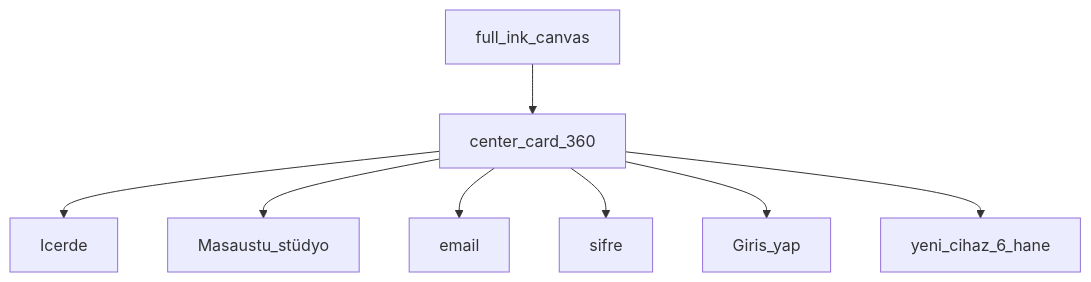
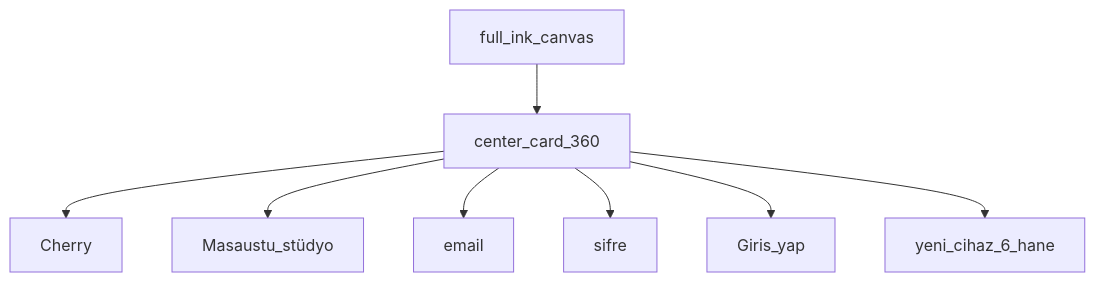
Before and after one commit to emrahyasinisik/Cherry: the second of 6 diagrams in docs/screens.md, drawn with Mermaid. The commit also changed other lines of this file and 124 other files, not shown here.

First line of the commit message:
Rename the studio brand from Icerde to Cherry.

````diff
--- a/docs/screens.md
+++ b/docs/screens.md
@@ -32,11 +32,11 @@
 ```mermaid
 flowchart TB
   Canvas[full_ink_canvas]
   Canvas --> Card[center_card_360]
-  Card --> Mark[Icerde]
+  Card --> Mark[Cherry]
   Card --> Sub[Masaustu_stüdyo]
   Card --> Email[email]
   Card --> Pass[sifre]
   Card --> CTA[Giris_yap]
   Card --> Hint[yeni_cihaz_6_hane]
 ```
````
